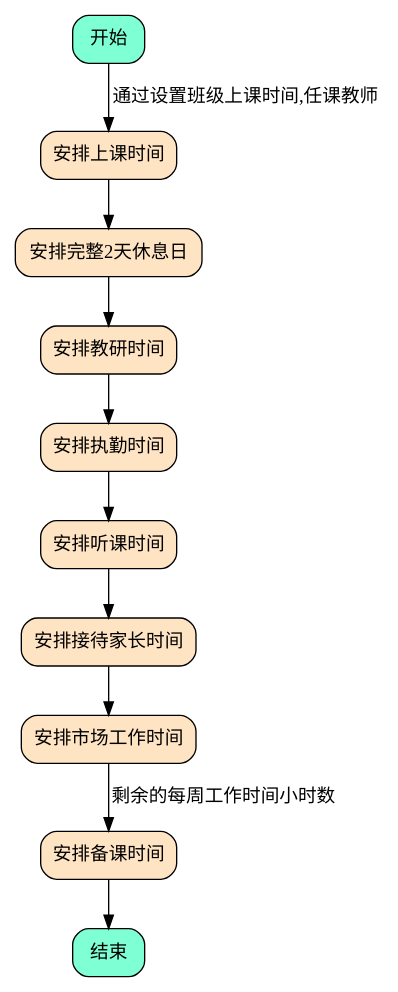
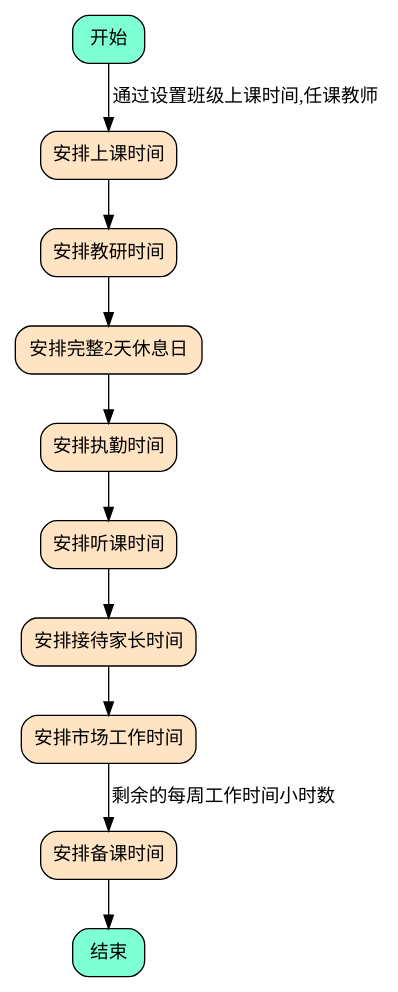
One commit to diandian888/mx-requirements changed the diagram in management-system/hr/arrangement/svg/01.dot. Above: the diagram before and after it, drawn with Graphviz. The commit also changed 1 other file, not shown here.

```diff
--- a/management-system/hr/arrangement/svg/01.dot
+++ b/management-system/hr/arrangement/svg/01.dot
@@ -1,20 +1,20 @@
 digraph {
     node [shape="box", style="rounded,filled", fillcolor="aquamarine"]
         start[label="开始"];
         end[label="结束"];
 
     node [shape="box", style="rounded,filled", fillcolor="bisque"]
         s1[label="安排上课时间"];
-        s2[label="安排完整2天休息日"];
-        s3[label="安排教研时间"];
+        s2[label="安排教研时间"];
+        s3[label="安排完整2天休息日"];
         s4[label="安排执勤时间"];
         s5[label="安排听课时间"];
         s6[label="安排接待家长时间"];
         s7[label="安排市场工作时间"];
         s8[label="安排备课时间"];
 
     start -> s1[label="通过设置班级上课时间,任课教师"];
     s1 -> s2 -> s3 -> s4 -> s5 -> s6 -> s7;
     s7 -> s8[label="剩余的每周工作时间小时数"];
     s8 -> end;
 }
```
